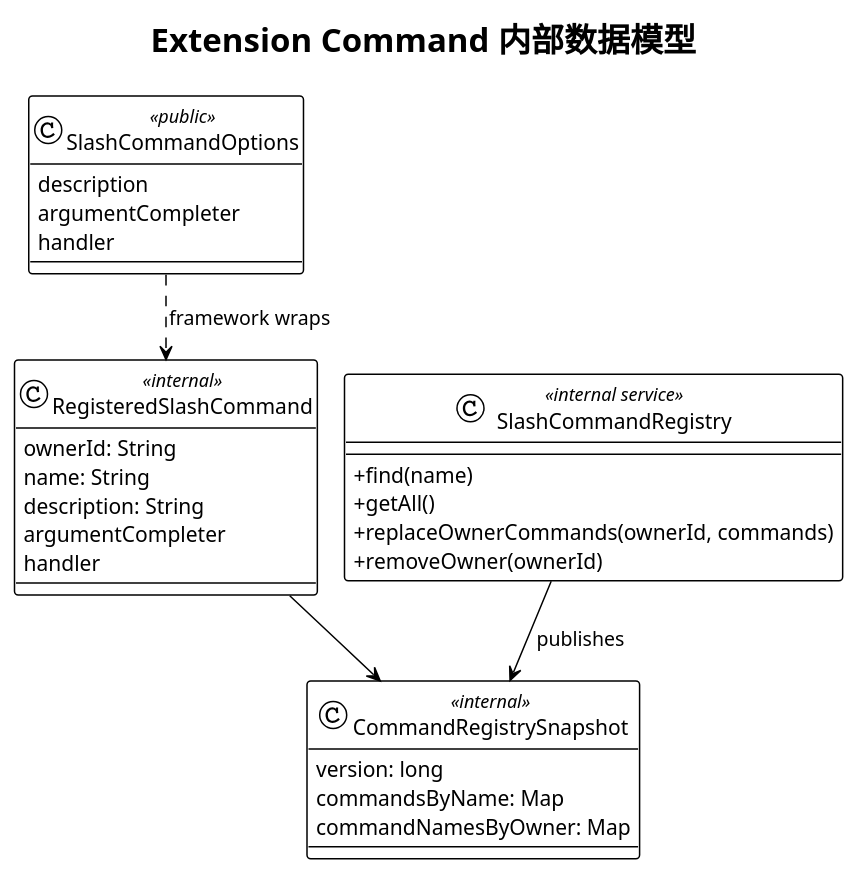
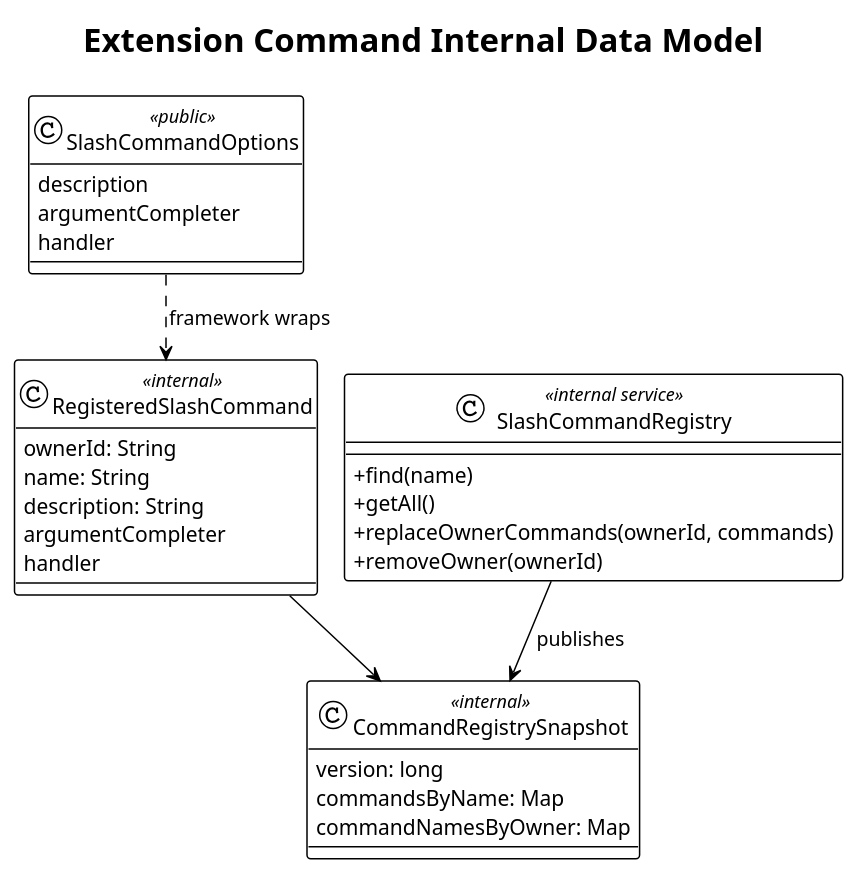
The fifth of 20 diagrams in diagrams/extension-command/diagram.puml (superheromeZzh/pi-mono-java-design), drawn with PlantUML before and after one commit. The commit also changed other lines of this file and 48 other files, not shown here.

Commit message:
docs: require English PlantUML diagrams

```diff
--- a/diagrams/extension-command/diagram.puml
+++ b/diagrams/extension-command/diagram.puml
@@ -179,40 +179,40 @@
 @startuml 05-internal-data-model
 ' pi source: packages/coding-agent/src/core/extensions/types.ts:1097-1107
 ' pi source: packages/coding-agent/src/core/extensions/runner.ts:556-602
 ' Design reason: separate public options from host-bound ownership and immutable registry snapshots.
 !theme plain
 !pragma layout smetana
-skinparam defaultFontName "PingFang SC"
+skinparam defaultFontName "SansSerif"
 skinparam shadowing false
 skinparam backgroundColor transparent
 skinparam classAttributeIconSize 0
-title Extension Command 内部数据模型
+title Extension Command Internal Data Model
 
 class SlashCommandOptions <<public>> {
   description
   argumentCompleter
   handler
 }
 class RegisteredSlashCommand <<internal>> {
   ownerId: String
   name: String
   description: String
   argumentCompleter
   handler
 }
 class CommandRegistrySnapshot <<internal>> {
   version: long
   commandsByName: Map
   commandNamesByOwner: Map
 }
 class SlashCommandRegistry <<internal service>> {
   + find(name)
   + getAll()
   + replaceOwnerCommands(ownerId, commands)
   + removeOwner(ownerId)
 }
 
 SlashCommandOptions ..> RegisteredSlashCommand : framework wraps
 RegisteredSlashCommand --> CommandRegistrySnapshot
 SlashCommandRegistry --> CommandRegistrySnapshot : publishes
 @enduml
```
